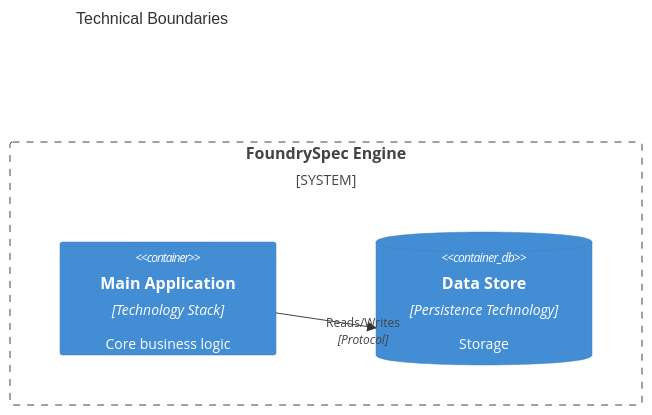
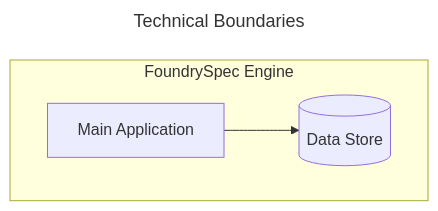
Before and after one commit to futurefoundai/foundryspec: the diagram in docs/boundaries/BND_Group.mermaid, drawn with Mermaid. The commit also changed 10 other files, not shown here.

First line of the commit message:
feat: Implement intelligent caching for Mermaid parsing

```diff
--- a/docs/boundaries/BND_Group.mermaid
+++ b/docs/boundaries/BND_Group.mermaid
@@ -1,22 +1,19 @@
 ---
 id: "BND_Group"
 title: Technical Boundaries
 description: Boundary decomposition.
 entities:
   - id: "BND_Group"
     uplink: "ROOT"
     downlinks:
       - "BND_App"
   - id: "BND_App"
     uplink: "CTX_System"
 ---
-
-C4Container
-    title Technical Boundaries
-
-    System_Boundary(system, "FoundrySpec Engine") {
-        Container(BND_App, "Main Application", "Technology Stack", "Core business logic")
-        ContainerDb(db, "Data Store", "Persistence Technology", "Storage")
-    }
-
-    Rel(BND_App, db, "Reads/Writes", "Protocol")
+graph TD
+    subgraph System[FoundrySpec Engine]
+        BND_App[Main Application]
+        DB[(Data Store)]
+    end
+    
+    BND_App --> DB
```
